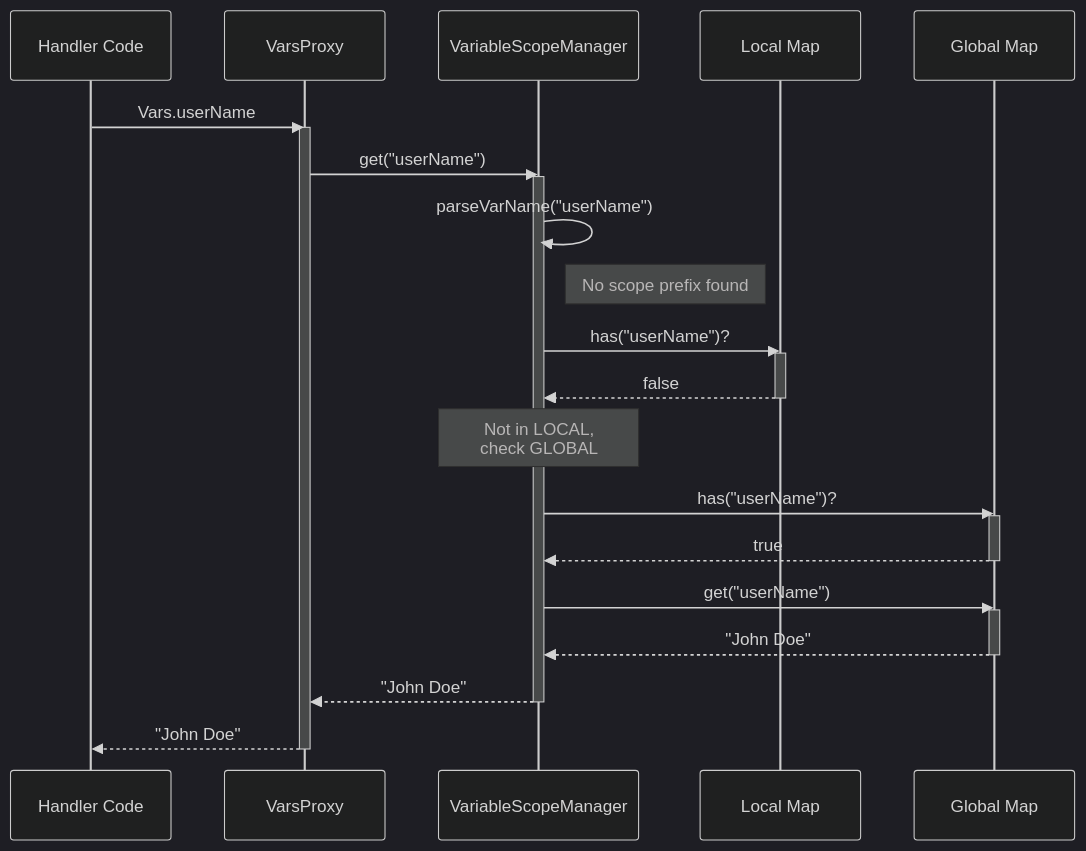
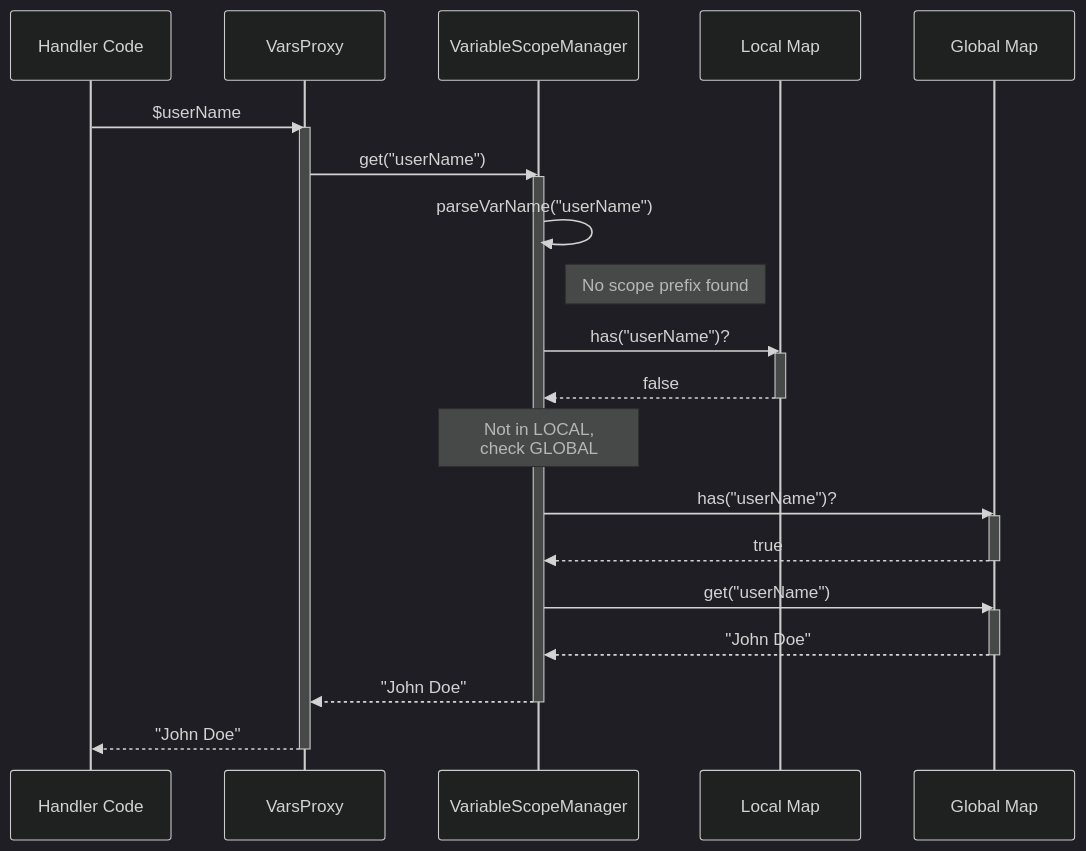
One commit to Nuralyio/docs changed the second of 7 diagrams in docs/architecture/micro-apps/variable-scopes.md. Above: the diagram before and after it, drawn with Mermaid (dark theme). The commit also changed other lines of this file and 4 other files, not shown here.

````diff
--- a/docs/architecture/micro-apps/variable-scopes.md
+++ b/docs/architecture/micro-apps/variable-scopes.md
@@ -91,40 +91,40 @@
 ```mermaid
 sequenceDiagram
     participant Handler as Handler Code
     participant Proxy as VarsProxy
     participant Manager as VariableScopeManager
     participant Local as Local Map
     participant Global as Global Map
 
-    Handler->>Proxy: Vars.userName
+    Handler->>Proxy: $userName
     activate Proxy
 
     Proxy->>Manager: get("userName")
     activate Manager
 
     Manager->>Manager: parseVarName("userName")
     Note right of Manager: No scope prefix found
 
     Manager->>Local: has("userName")?
     activate Local
     Local-->>Manager: false
     deactivate Local
 
     Note over Manager: Not in LOCAL,<br/>check GLOBAL
 
     Manager->>Global: has("userName")?
     activate Global
     Global-->>Manager: true
     deactivate Global
 
     Manager->>Global: get("userName")
     activate Global
     Global-->>Manager: "John Doe"
     deactivate Global
 
     Manager-->>Proxy: "John Doe"
     deactivate Manager
 
     Proxy-->>Handler: "John Doe"
     deactivate Proxy
 ```
````
